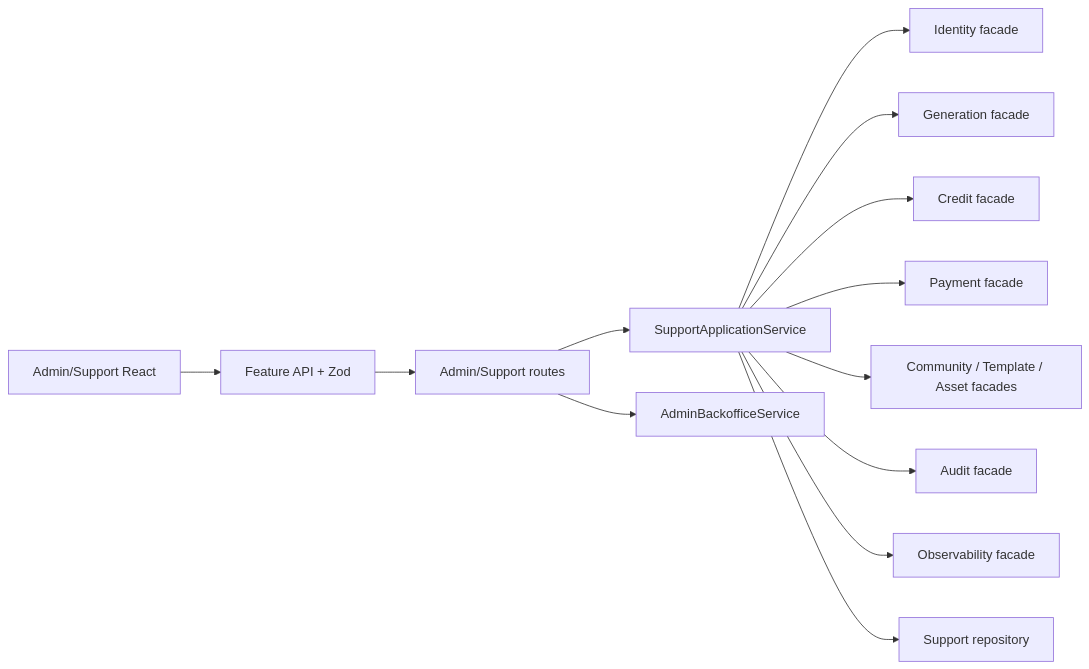
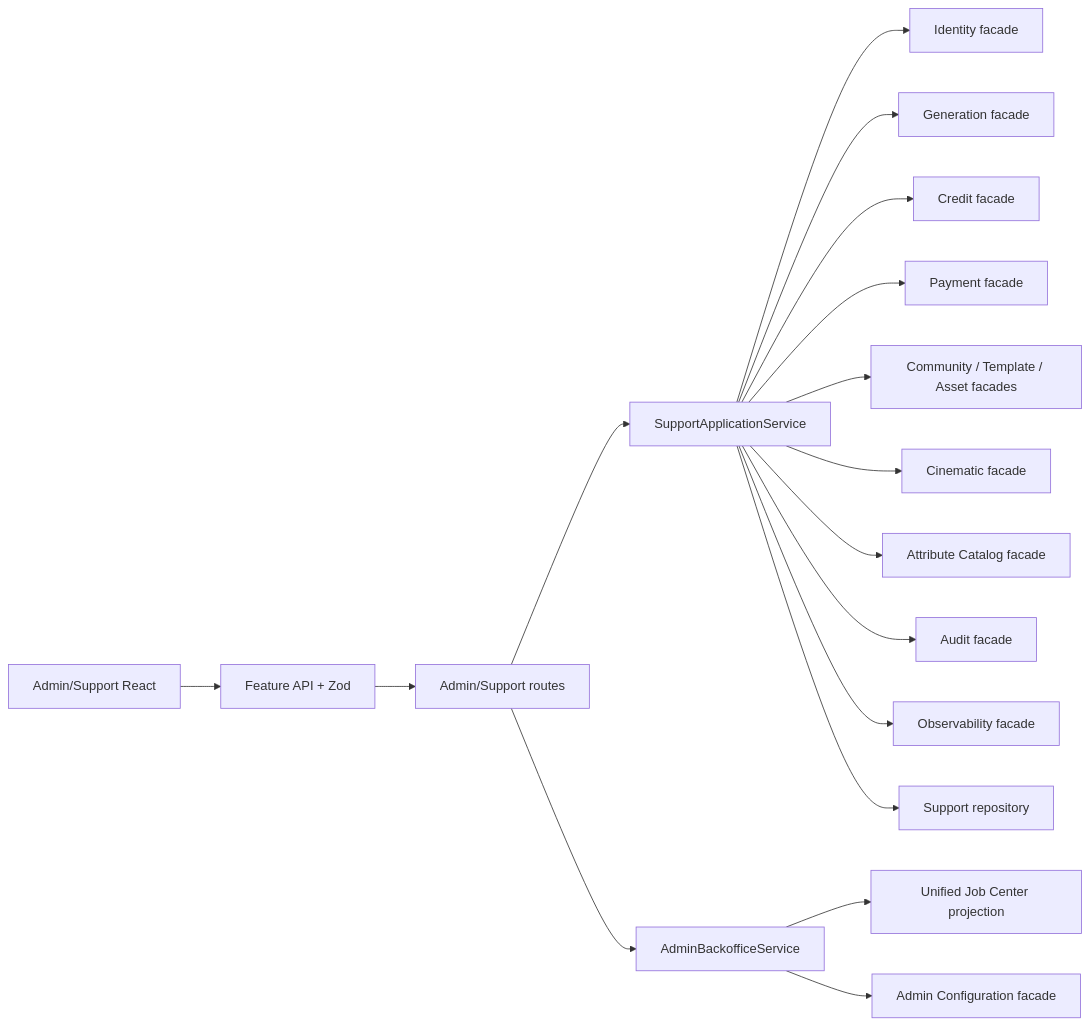
One commit to magicxeon/PromptForge changed the diagram in requirements/018-implementation-backend/009-implementation-sequence-data-durability-and-rollout.md. Above: the diagram before and after it, drawn with Mermaid. The commit also changed other lines of this file and 28 other files, not shown here.

````diff
--- a/requirements/018-implementation-backend/009-implementation-sequence-data-durability-and-rollout.md
+++ b/requirements/018-implementation-backend/009-implementation-sequence-data-durability-and-rollout.md
@@ -57,15 +104,19 @@
 ```mermaid
 flowchart LR
   UI[Admin/Support React] --> API[Feature API + Zod]
   API --> ROUTE[Admin/Support routes]
   ROUTE --> SUPPORT[SupportApplicationService]
   ROUTE --> ADMIN[AdminBackofficeService]
   SUPPORT --> IDENTITY[Identity facade]
   SUPPORT --> GEN[Generation facade]
   SUPPORT --> CREDIT[Credit facade]
   SUPPORT --> PAYMENT[Payment facade]
   SUPPORT --> CONTENT[Community / Template / Asset facades]
+  SUPPORT --> CINEMATIC[Cinematic facade]
+  SUPPORT --> ATTR[Attribute Catalog facade]
+  ADMIN --> JOBCENTER[Unified Job Center projection]
+  ADMIN --> CONFIG[Admin Configuration facade]
   SUPPORT --> AUDIT[Audit facade]
   SUPPORT --> TRACE[Observability facade]
   SUPPORT --> REPO[Support repository]
 ```
````
